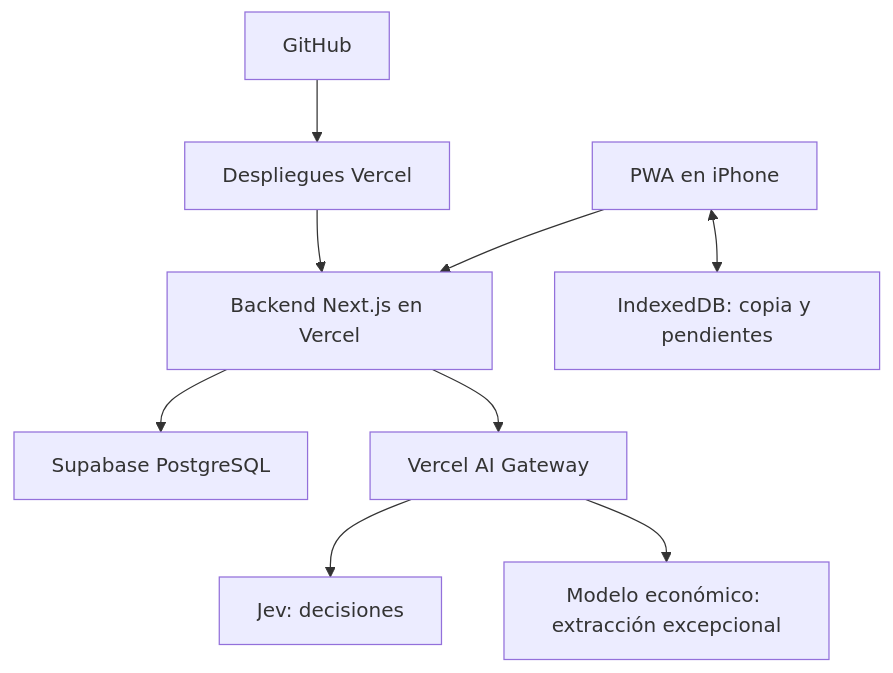
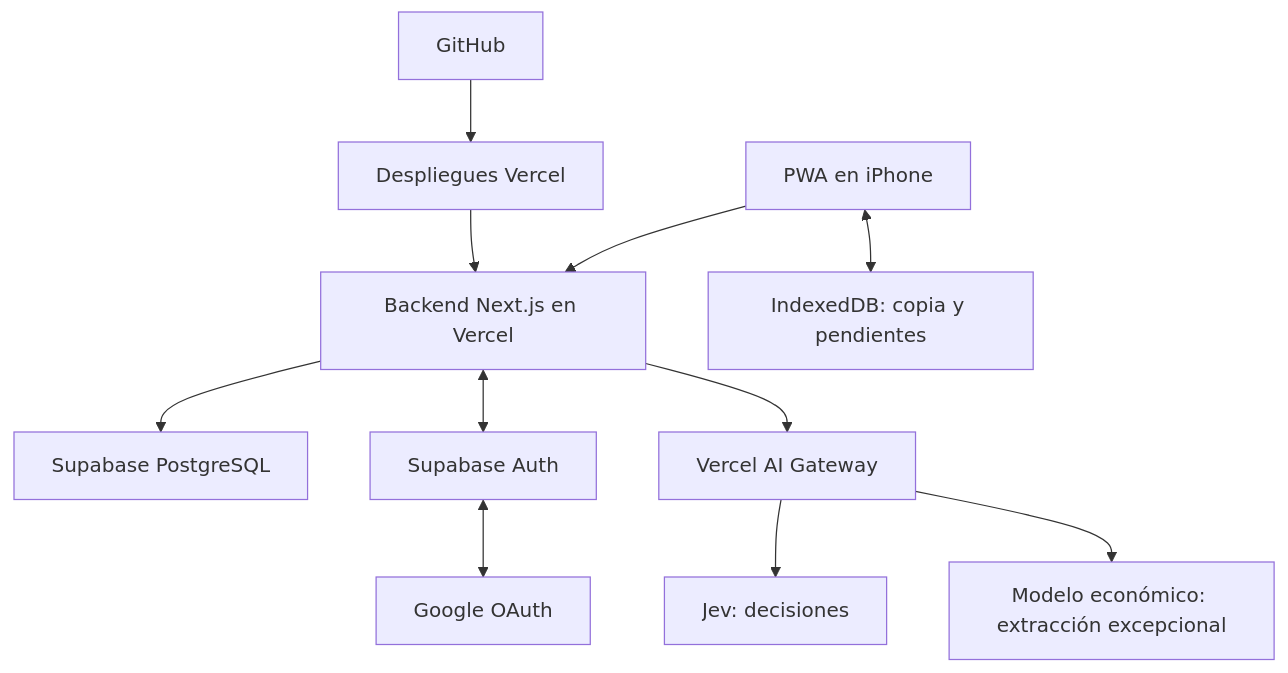
Before and after one commit to sebastian-gesualdo/mudanza-savanna: the diagram in docs/specs/04-arquitectura-api.md, drawn with Mermaid. The commit also changed other lines of this file and 10 other files, not shown here.

Commit message:
docs: specify Google login with Supabase Auth

````diff
--- a/docs/specs/04-arquitectura-api.md
+++ b/docs/specs/04-arquitectura-api.md
@@ -5,11 +5,13 @@
 ```mermaid
 flowchart TD
     P[PWA en iPhone] --> A[Backend Next.js en Vercel]
     P <--> L[IndexedDB: copia y pendientes]
     A --> D[Supabase PostgreSQL]
+    A <--> S[Supabase Auth]
+    S <--> O[Google OAuth]
     A --> G[Vercel AI Gateway]
     G --> J[Jev: decisiones]
     G --> F[Modelo económico: extracción excepcional]
     H[GitHub] --> V[Despliegues Vercel]
     V --> A
 ```
````
